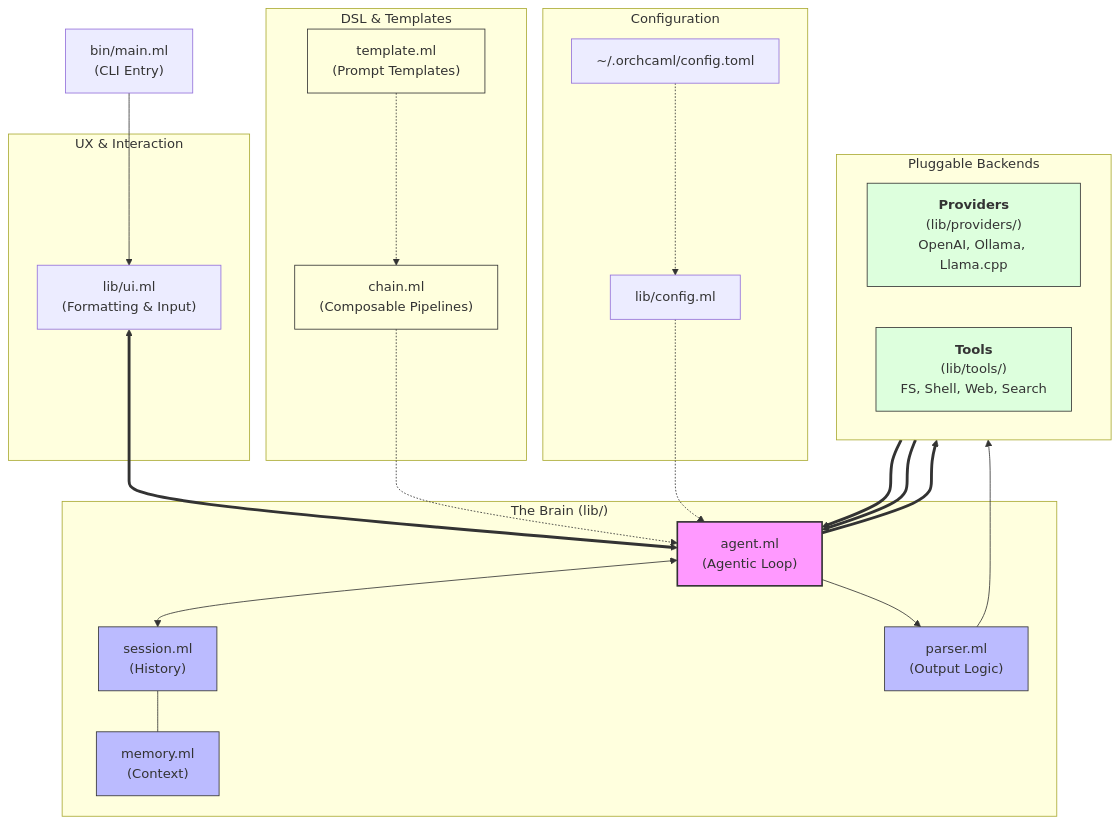
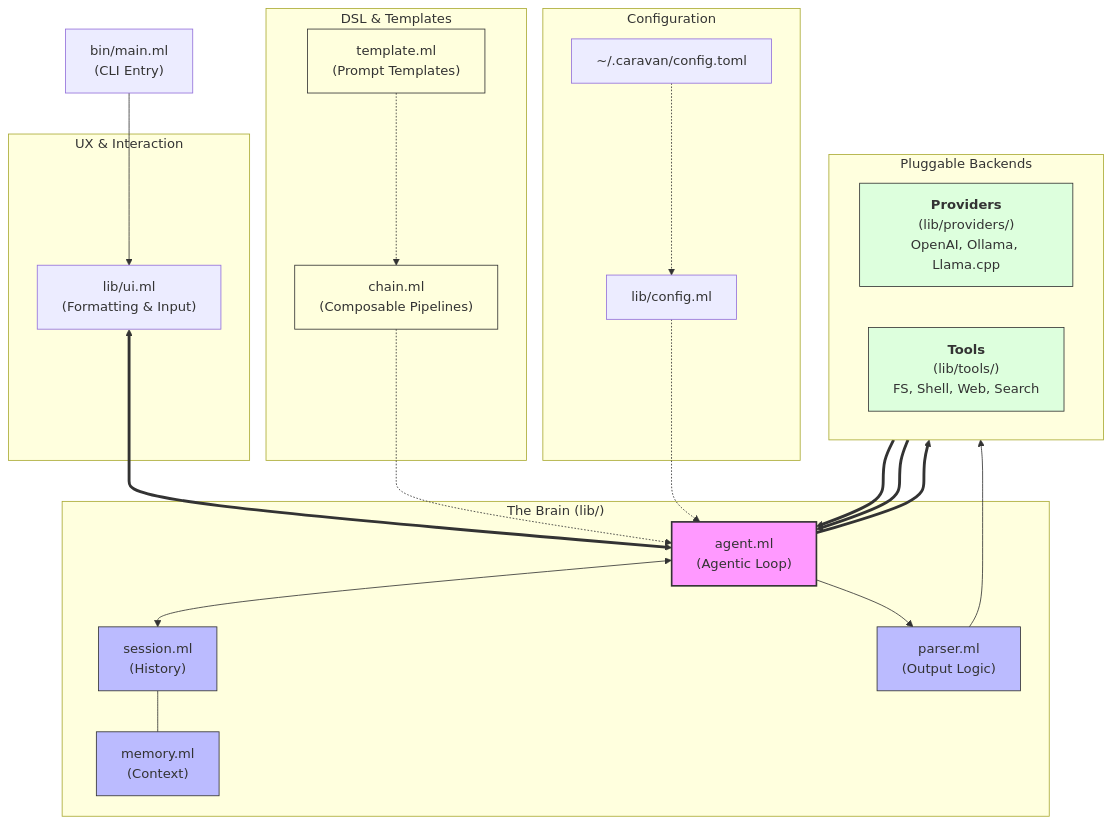
The diagram in README.md (adukhan99/Caravan), drawn with Mermaid before and after one commit. The commit also changed other lines of this file and 31 other files, not shown here.

````diff
--- a/README.md
+++ b/README.md
@@ -108,63 +108,63 @@
 ```mermaid
 flowchart TB
     %% Nodes
     Entry["bin/main.ml<br/>(CLI Entry)"]
     
     subgraph UI_Layer ["UX & Interaction"]
         UI["lib/ui.ml<br/>(Formatting & Input)"]
     end
 
     subgraph Orchestrator ["The Brain (lib/)"]
         Agent["agent.ml<br/>(Agentic Loop)"]
         Session["session.ml<br/>(History)"]
         Memory["memory.ml<br/>(Context)"]
         Parser["parser.ml<br/>(Output Logic)"]
     end
 
     subgraph DSL_Layer ["DSL & Templates"]
         Chain["chain.ml<br/>(Composable Pipelines)"]
         Template["template.ml<br/>(Prompt Templates)"]
     end
 
     subgraph Interface ["Pluggable Backends"]
         direction LR
         Providers["<b>Providers</b><br/>(lib/providers/)<br/>OpenAI, Ollama, Llama.cpp"]
         Tools["<b>Tools</b><br/>(lib/tools/)<br/>FS, Shell, Web, Search"]
     end
 
     subgraph Settings ["Configuration"]
-        TOML["~/.orchcaml/config.toml"]
+        TOML["~/.caravan/config.toml"]
         Config["lib/config.ml"]
     end
 
     %% Connections
     Entry --> UI
     UI <==> Agent
     
     Agent <--> Session
     Session --- Memory
     
     Agent ==> Providers
     Providers ==> Agent
     
     Agent --> Parser
     Parser --> Tools
     Tools ==> Agent
 
     Chain -.-> Agent
     Template -.-> Chain
 
     TOML -.-> Config
     Config -.-> Agent
 
     %% Styling
     classDef primary fill:#f9f,stroke:#333,stroke-width:2px;
     classDef secondary fill:#bbf,stroke:#333,stroke-width:1px;
     classDef interface fill:#dfd,stroke:#333,stroke-width:1px;
     classDef dsl fill:#ffd,stroke:#333,stroke-width:1px;
     
     class Agent primary;
     class Session,Memory,Parser secondary;
     class Providers,Tools interface;
     class Chain,Template dsl;
 ```
````
